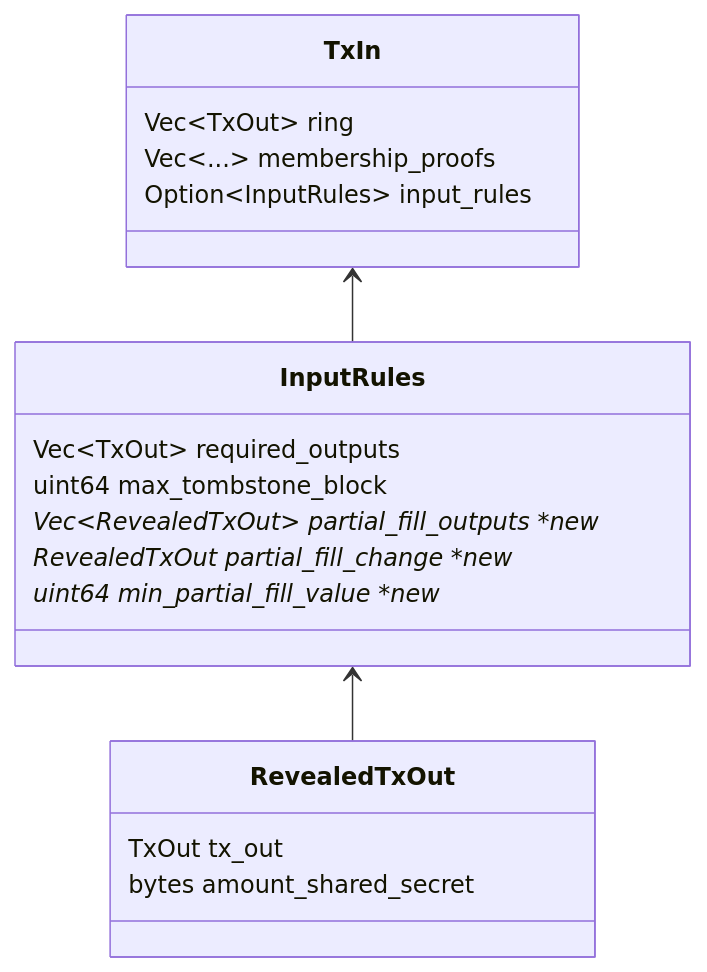
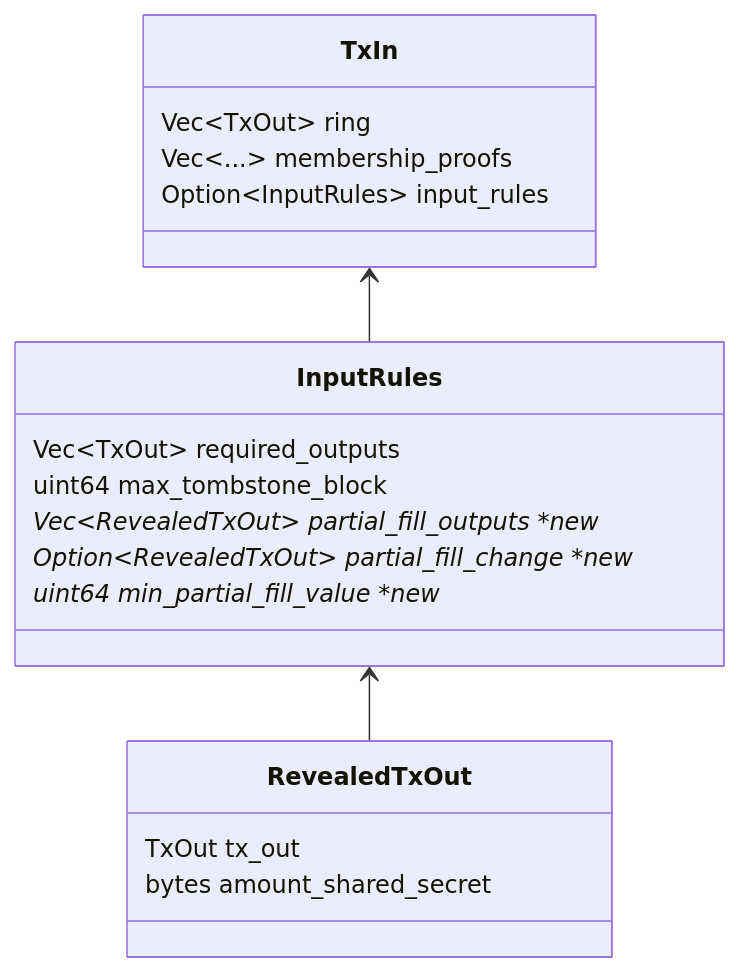
One commit to mobilecoinfoundation/mcips changed the third of 3 diagrams in text/0042-partial-fill-rules.md. Above: the diagram before and after it, drawn with Mermaid.

````diff
--- a/text/0042-partial-fill-rules.md
+++ b/text/0042-partial-fill-rules.md
@@ -172,19 +172,19 @@
 ```mermaid
 classDiagram
 direction BT
 InputRules --> TxIn
 RevealedTxOut --> InputRules
 
 TxIn: Vec~TxOut~ ring
 TxIn: Vec~...~ membership_proofs
 TxIn: Option~InputRules~ input_rules
 
 InputRules: Vec~TxOut~ required_outputs
 InputRules: uint64 max_tombstone_block
 InputRules: Vec~RevealedTxOut~ partial_fill_outputs *new*
-InputRules: RevealedTxOut partial_fill_change *new*
+InputRules: Option~RevealedTxOut~ partial_fill_change *new*
 InputRules: uint64 min_partial_fill_value *new*
 
 RevealedTxOut: TxOut tx_out
 RevealedTxOut: bytes amount_shared_secret
 ```
````
